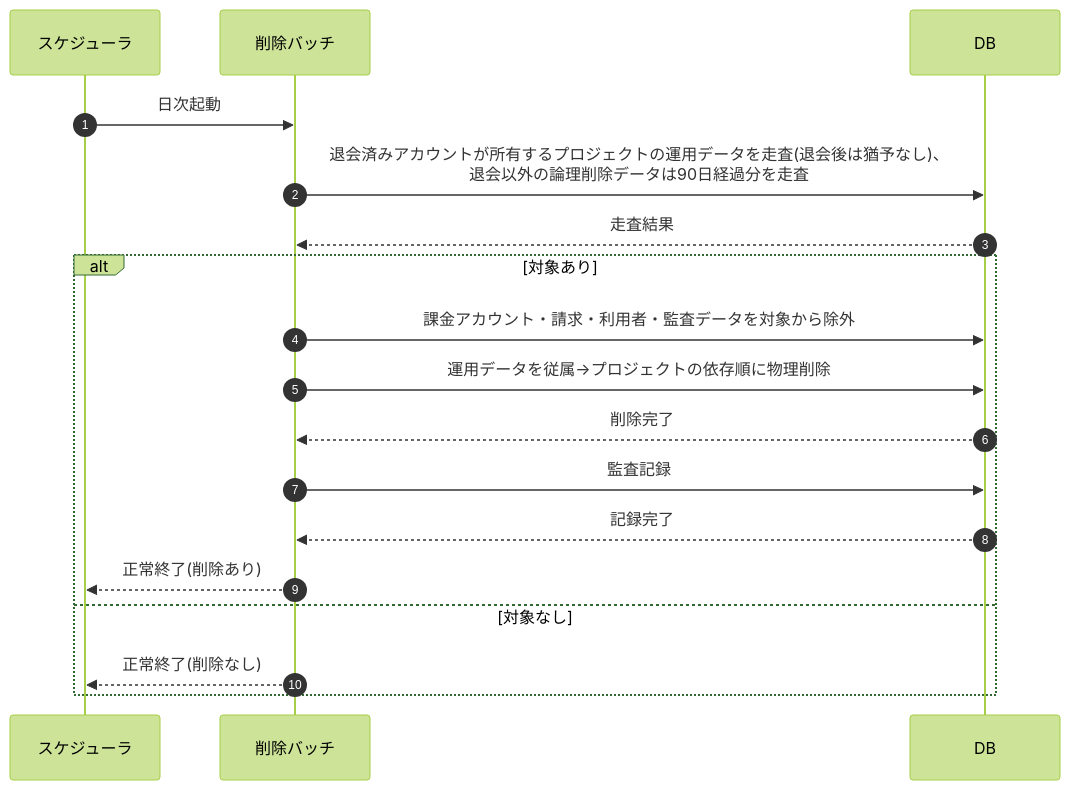
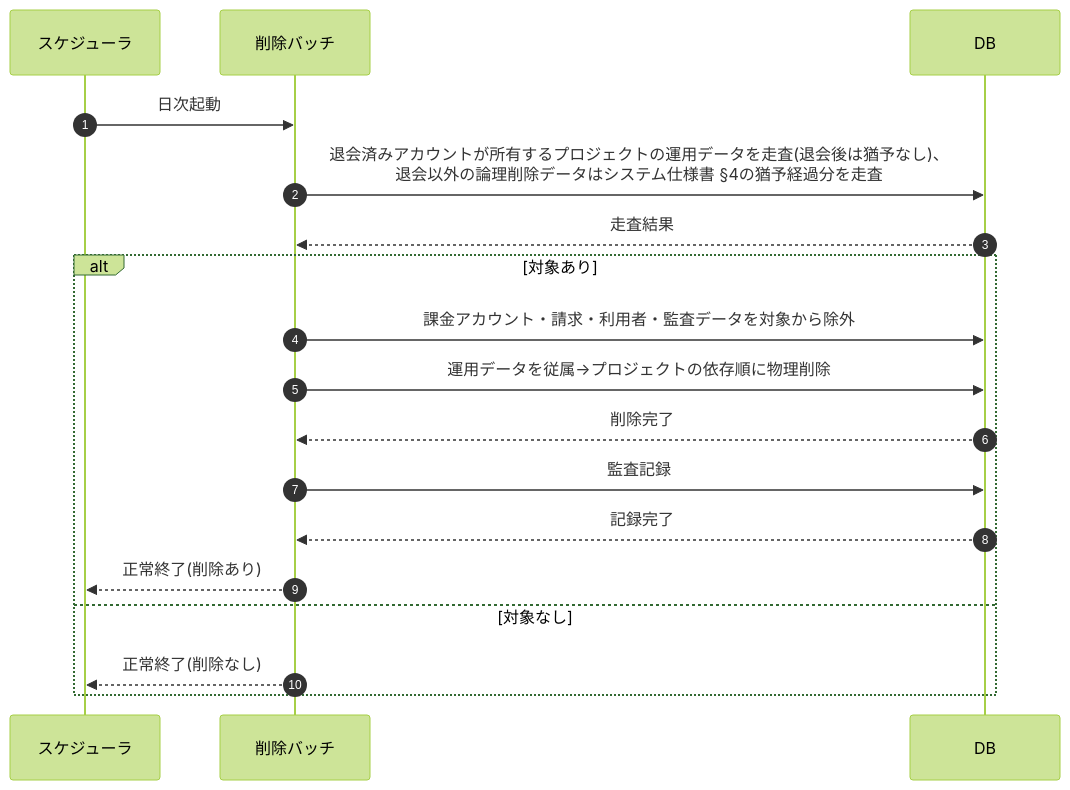
The diagram in 02_basic_design/03_sequences/SEQ-089.md (sikakou54/open-faq), drawn with Mermaid (forest theme) before and after one commit. The commit also changed other lines of this file and 446 other files, not shown here.

````diff
--- a/02_basic_design/03_sequences/SEQ-089.md
+++ b/02_basic_design/03_sequences/SEQ-089.md
@@ -25,20 +15,20 @@
 ```mermaid
 sequenceDiagram
   autonumber
   participant SCH as スケジューラ
   participant B as 削除バッチ
   participant DB as DB
   SCH->>B: 日次起動
-  B->>DB: 退会済みアカウントが所有するプロジェクトの運用データを走査(退会後は猶予なし)、<br/>退会以外の論理削除データは90日経過分を走査
+  B->>DB: 退会済みアカウントが所有するプロジェクトの運用データを走査(退会後は猶予なし)、<br/>退会以外の論理削除データはシステム仕様書 §4の猶予経過分を走査
   DB-->>B: 走査結果
   alt 対象あり
     B->>DB: 課金アカウント・請求・利用者・監査データを対象から除外
     B->>DB: 運用データを従属→プロジェクトの依存順に物理削除
     DB-->>B: 削除完了
     B->>DB: 監査記録
     DB-->>B: 記録完了
     B-->>SCH: 正常終了(削除あり)
   else 対象なし
     B-->>SCH: 正常終了(削除なし)
   end
 ```
````
